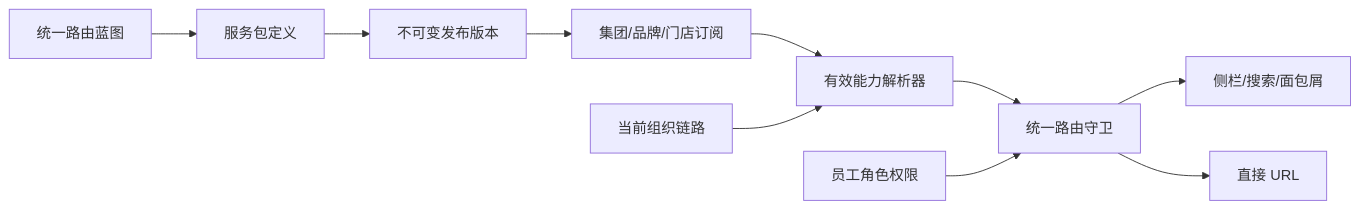
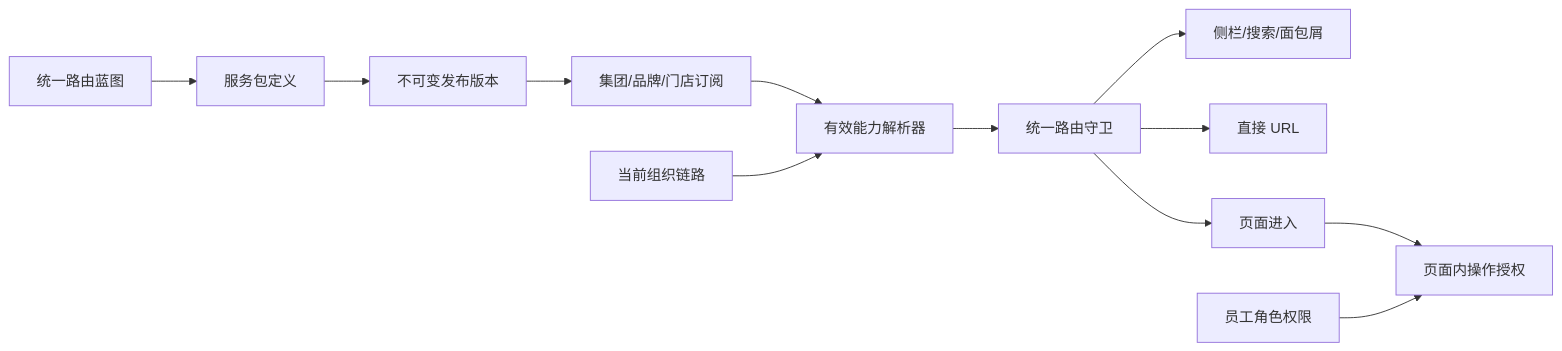
Before and after one commit to cflyindance/new-bp: the diagram in admin-web/docs/superpowers/specs/2026-08-26-subscription-service-package-design.md, drawn with Mermaid. The commit also changed other lines of this file, not shown here.

````diff
--- a/admin-web/docs/superpowers/specs/2026-08-26-subscription-service-package-design.md
+++ b/admin-web/docs/superpowers/specs/2026-08-26-subscription-service-package-design.md
@@ -99,12 +99,14 @@
 ```mermaid
 flowchart LR
   RB[统一路由蓝图] --> SP[服务包定义]
   SP --> SR[不可变发布版本]
   SR --> MS[集团/品牌/门店订阅]
   MS --> EA[有效能力解析器]
   ORG[当前组织链路] --> EA
   EA --> RG[统一路由守卫]
-  RP[员工角色权限] --> RG
   RG --> NAV[侧栏/搜索/面包屑]
   RG --> URL[直接 URL]
+  RG --> PAGE[页面进入]
+  PAGE --> AA[页面内操作授权]
+  RP[员工角色权限] --> AA
 ```
````
